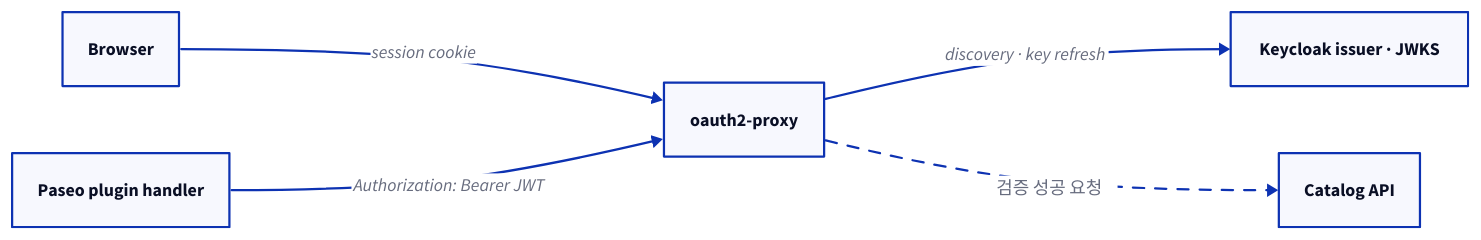
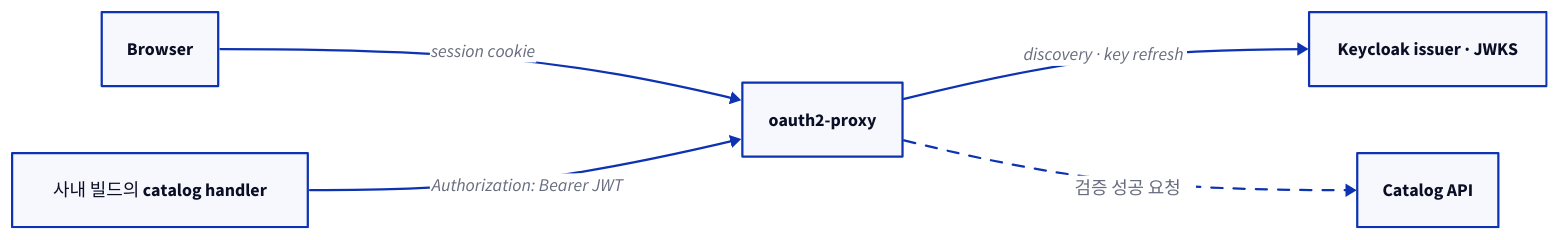
Before and after one commit to mechurak/study-starlight: the diagram in src/content/docs/paseo-enterprise/04-oauth2-proxy.mdx, drawn with D2. The commit also changed 12 other files, not shown here.

````diff
--- a/src/content/docs/paseo-enterprise/04-oauth2-proxy.mdx
+++ b/src/content/docs/paseo-enterprise/04-oauth2-proxy.mdx
@@ -25,16 +25,16 @@
 ```d2 layout=elk pad=40 title="oauth2-proxy가 browser cookie와 Paseo Bearer token을 검증하는 두 요청 경로"
 direction: right
 
 browser: "Browser"
-paseo: "Paseo plugin handler"
+paseo: "사내 빌드의 catalog handler"
 proxy: "oauth2-proxy"
 keycloak: "Keycloak issuer · JWKS"
 api: "Catalog API"
 
 browser -> proxy: "session cookie"
 paseo -> proxy: "Authorization: Bearer JWT"
 proxy -> keycloak: "discovery · key refresh"
 proxy -> api: "검증 성공 요청" {
   style.animated: true
 }
 ```
````
